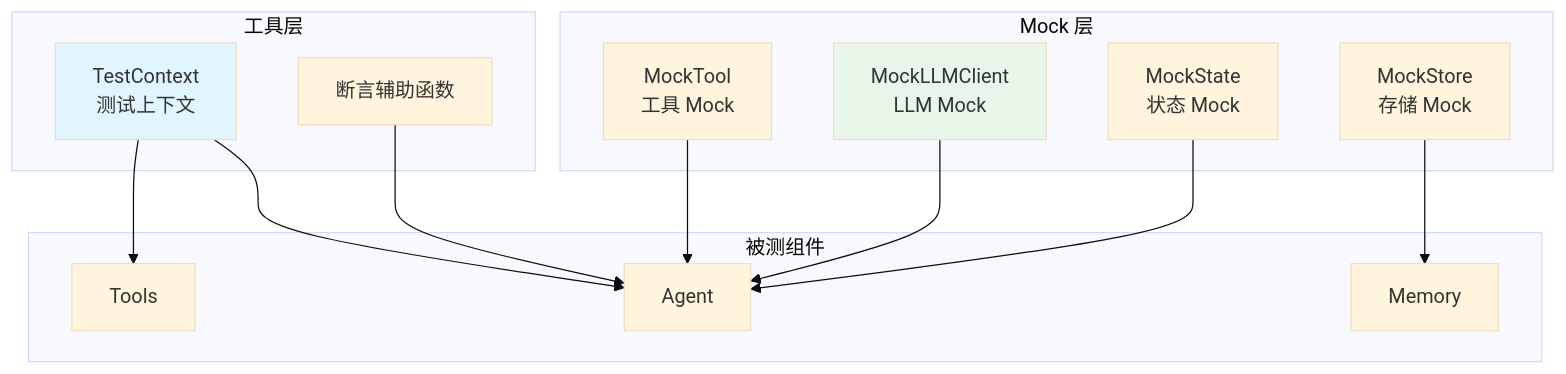
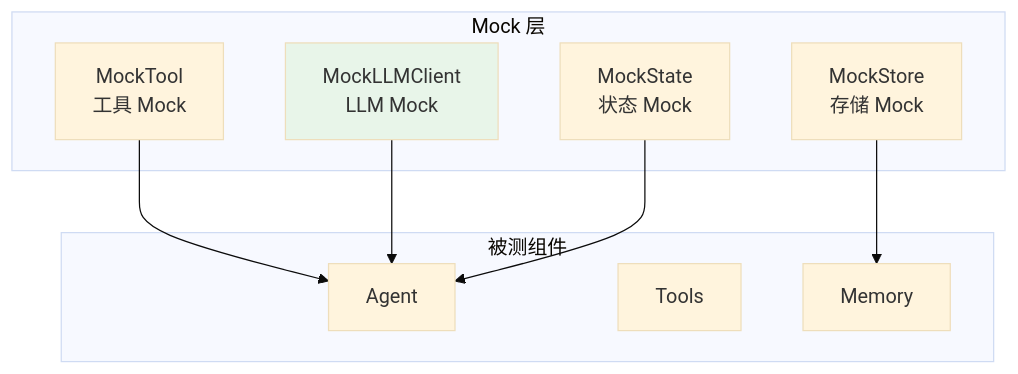
One commit to kart-io/goagent changed the first of 2 diagrams in testing/README.md. Above: the diagram before and after it, drawn with Mermaid (base theme). The commit also changed other lines of this file and 139 other files, not shown here.

````diff
--- a/testing/README.md
+++ b/testing/README.md
@@ -19,31 +18,21 @@
 ```mermaid
 graph TB
     subgraph "Mock 层"
         MockTool[MockTool<br/>工具 Mock]
         MockLLM[MockLLMClient<br/>LLM Mock]
         MockState[MockState<br/>状态 Mock]
         MockStore[MockStore<br/>存储 Mock]
-    end
-
-    subgraph "工具层"
-        TestCtx[TestContext<br/>测试上下文]
-        Helpers[断言辅助函数]
     end
 
     subgraph "被测组件"
         Agent[Agent]
         Tools[Tools]
         Memory[Memory]
     end
 
     MockTool --> Agent
     MockLLM --> Agent
     MockState --> Agent
     MockStore --> Memory
-    TestCtx --> Agent
-    TestCtx --> Tools
-    Helpers --> Agent
-
-    style TestCtx fill:#e1f5ff
     style MockLLM fill:#e8f5e9
 ```
````
